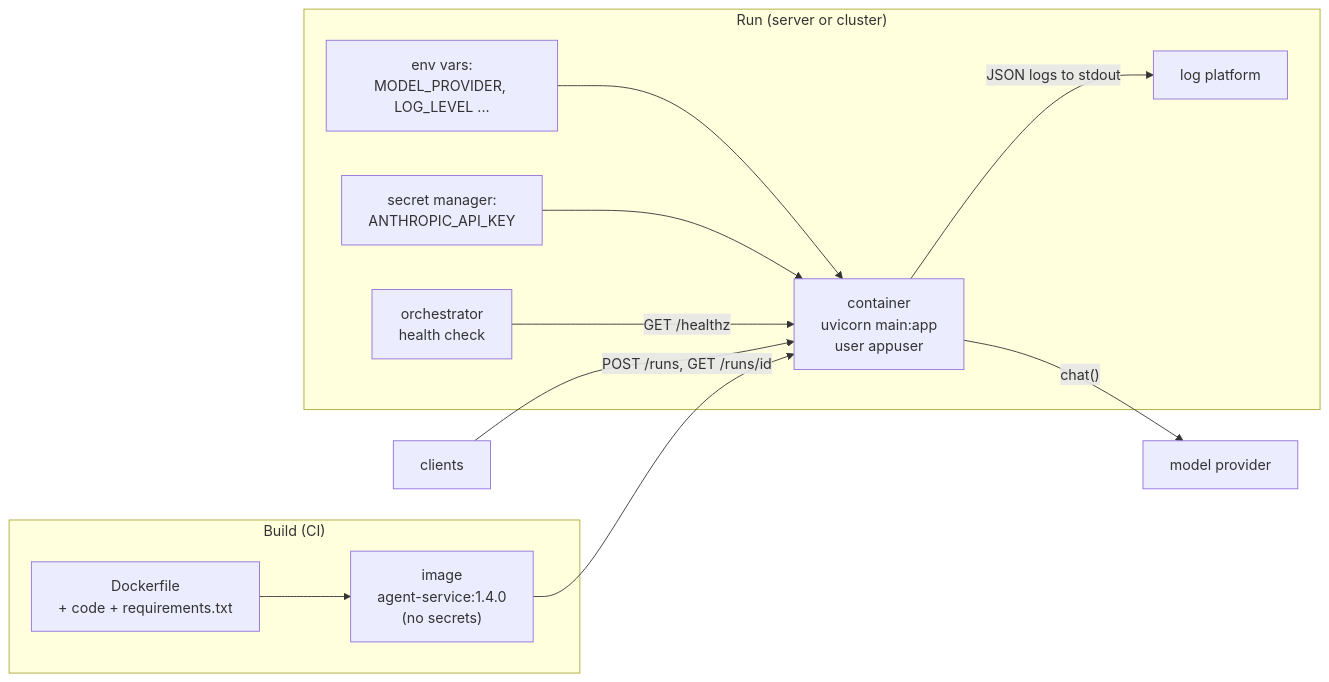
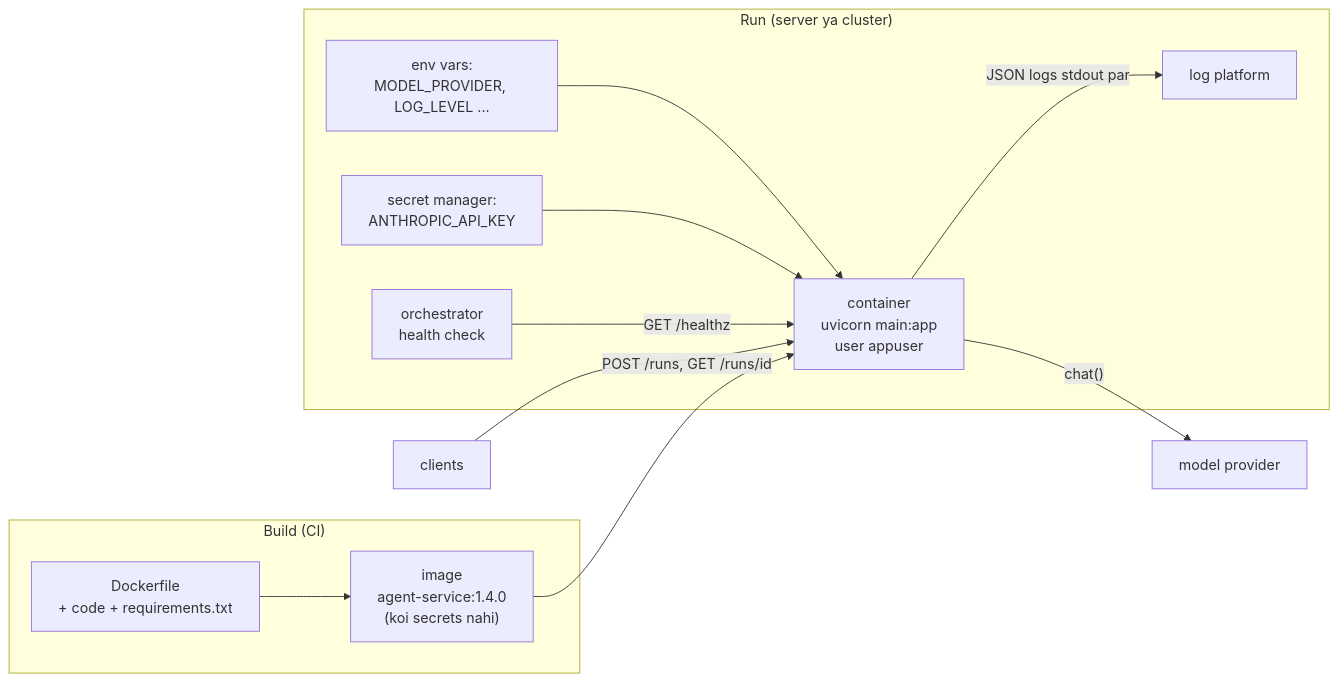
One commit to asmustechno/agentic-ai-notes changed the diagram in docs/15-production-and-deployment/15.6-deploying-with-fastapi-and-docker.md. Above: the diagram before and after it, drawn with Mermaid. The commit also changed other lines of this file and 135 other files, not shown here.

````diff
--- a/docs/15-production-and-deployment/15.6-deploying-with-fastapi-and-docker.md
+++ b/docs/15-production-and-deployment/15.6-deploying-with-fastapi-and-docker.md
@@ -38,15 +40,15 @@
 ```mermaid
 flowchart LR
     subgraph build["Build (CI)"]
-        D["Dockerfile<br/>+ code + requirements.txt"] --> I["image<br/>agent-service:1.4.0<br/>(no secrets)"]
+        D["Dockerfile<br/>+ code + requirements.txt"] --> I["image<br/>agent-service:1.4.0<br/>(koi secrets nahi)"]
     end
-    subgraph run["Run (server or cluster)"]
+    subgraph run["Run (server ya cluster)"]
         E["env vars:<br/>MODEL_PROVIDER, LOG_LEVEL ..."] --> C
         S["secret manager:<br/>ANTHROPIC_API_KEY"] --> C
         I --> C["container<br/>uvicorn main:app<br/>user appuser"]
         H["orchestrator<br/>health check"] -->|"GET /healthz"| C
-        C -->|"JSON logs to stdout"| L["log platform"]
+        C -->|"JSON logs stdout par"| L["log platform"]
     end
     U["clients"] -->|"POST /runs, GET /runs/id"| C
     C -->|"chat()"| P["model provider"]
 ```
````
